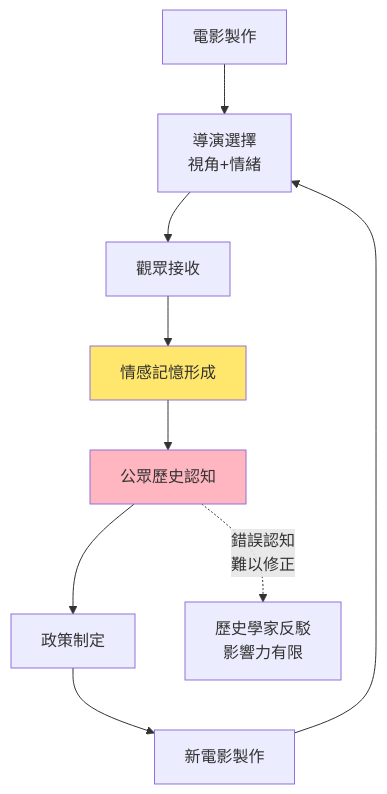
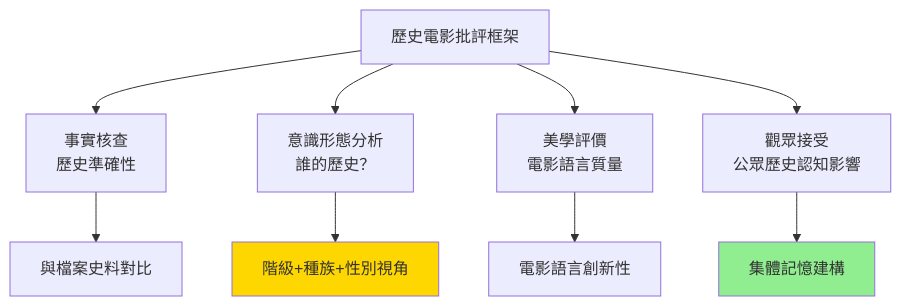
One commit to yip-lgtm/HKU-Harvard-History-Self-Study changed the tenth of 10 diagrams in 01_HKU_Courses/HIST2031_History_through_Film.md. Above: the diagram before and after it, drawn with Mermaid. The commit also changed other lines of this file and 25 other files, not shown here.

````diff
--- a/01_HKU_Courses/HIST2031_History_through_Film.md
+++ b/01_HKU_Courses/HIST2031_History_through_Film.md
@@ -262,13 +346,13 @@
 ```mermaid
 graph TD
-    A["電影製作"] --> B["導演選擇<br/>視角+情緒"]
-    B --> C["觀眾接收"]
-    C --> D["情感記憶形成"]
-    D --> E["公眾歷史認知"]
-    E --> F["政策制定"]
-    F --> G["新電影製作"]
-    G --> B
-    E -.->|"錯誤認知<br/>難以修正"| H["歷史學家反駁<br/>影響力有限"]
-    style D fill:#FFE66D
-    style E fill:#FFB6C1
+    A["歷史電影批評框架"] --> B["事實核查<br/>歷史準確性"]
+    A --> C["意識形態分析<br/>誰的歷史？"]
+    A --> D["美學評價<br/>電影語言質量"]
+    A --> E["觀眾接受<br/>公眾歷史認知影響"]
+    B --> F["與檔案史料對比"]
+    C --> G["階級+種族+性別視角"]
+    D --> H["電影語言創新性"]
+    E --> I["集體記憶建構"]
+    style G fill:#FFD700
+    style I fill:#90EE90
 ```
````
